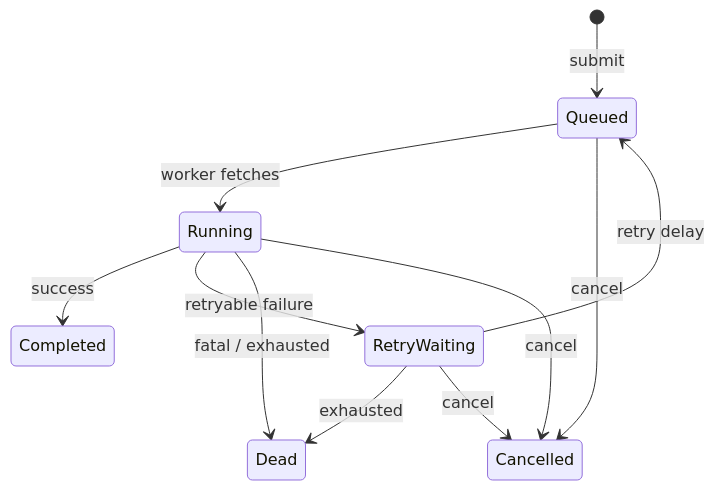
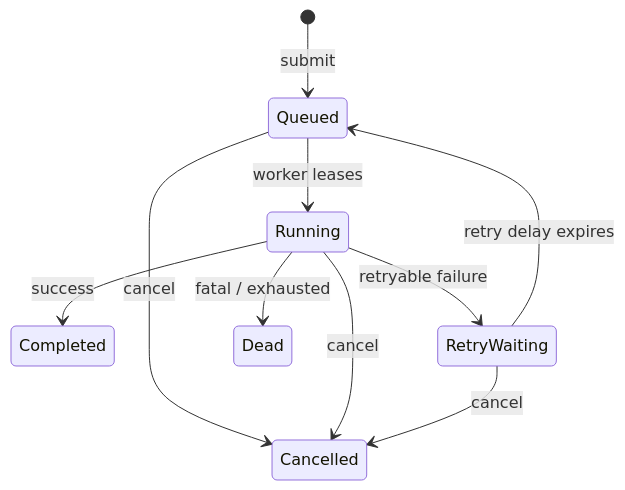
One commit to ayushmishra2005/rust-durable-queue changed the second of 2 diagrams in README.md. Above: the diagram before and after it, drawn with Mermaid. The commit also changed other lines of this file and 11 other files, not shown here.

````diff
--- a/README.md
+++ b/README.md
@@ -23,13 +124,12 @@
 ```mermaid
 stateDiagram-v2
     [*] --> Queued: submit
-    Queued --> Running: worker fetches
+    Queued --> Running: worker leases
     Running --> Completed: success
     Running --> RetryWaiting: retryable failure
     Running --> Dead: fatal / exhausted
-    RetryWaiting --> Queued: retry delay
-    RetryWaiting --> Dead: exhausted
+    RetryWaiting --> Queued: retry delay expires
     Queued --> Cancelled: cancel
     Running --> Cancelled: cancel
     RetryWaiting --> Cancelled: cancel
 ```
````
